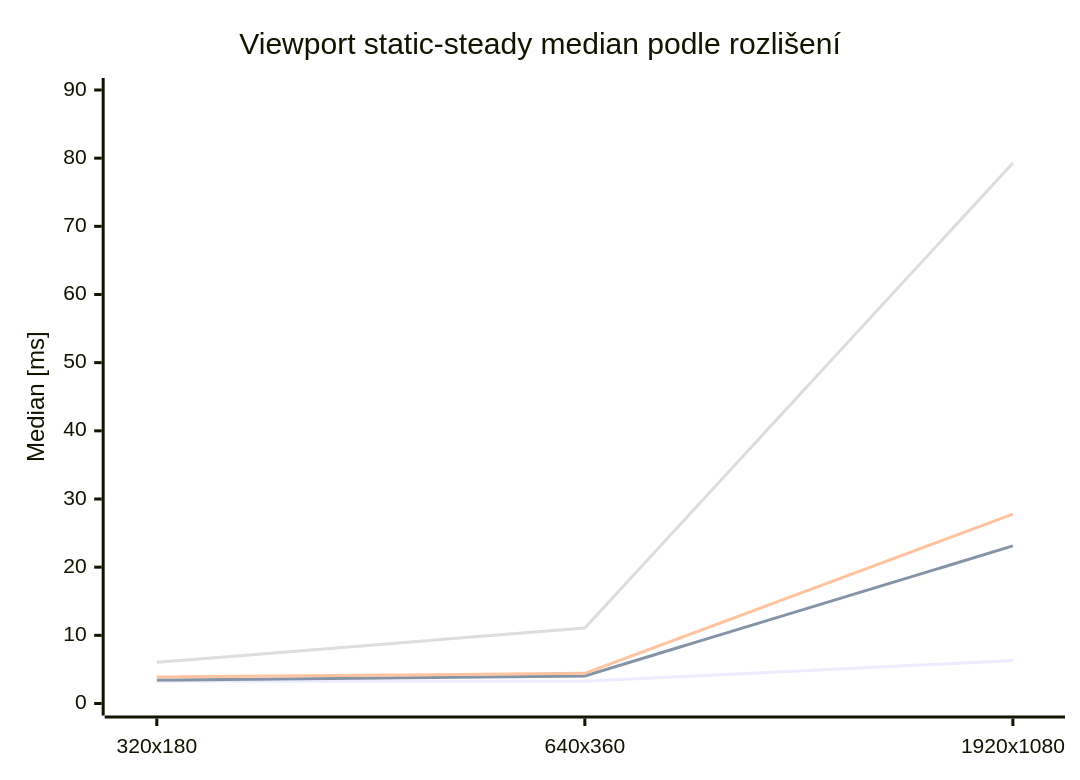
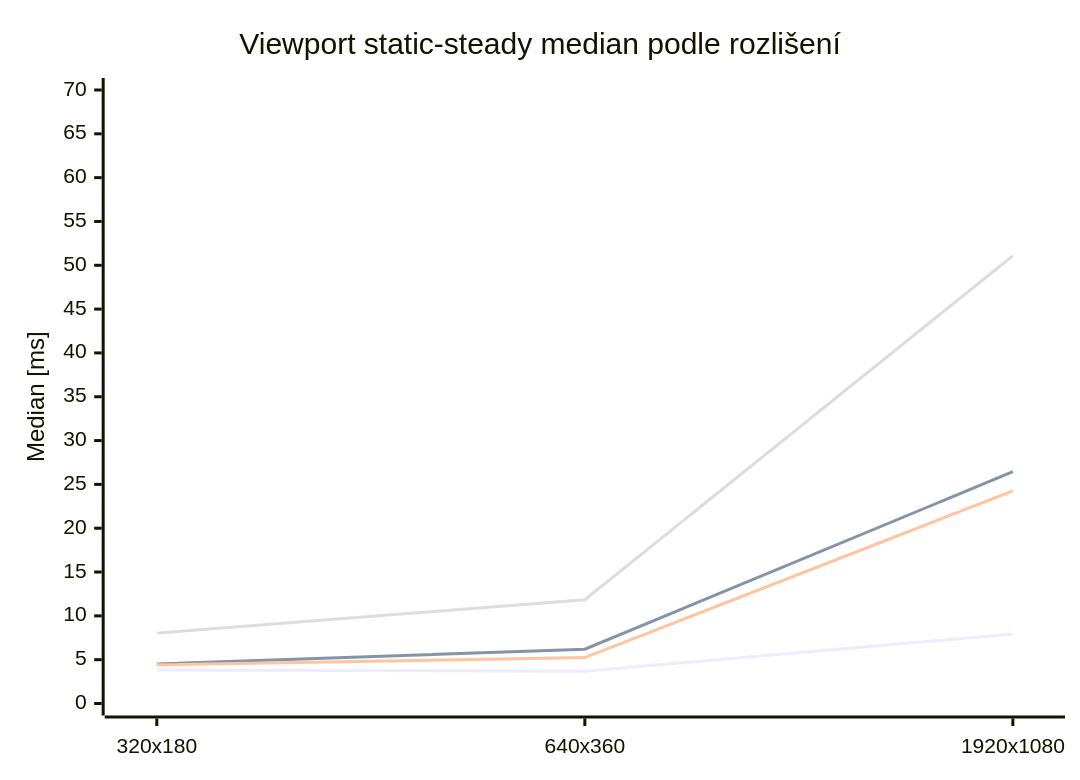
The first of 13 diagrams in README.md (Esperosa/3D-Renderer-Josefina---PGR2), drawn with Mermaid before and after one commit. The commit also changed other lines of this file and 112 other files, not shown here.

````diff
--- a/README.md
+++ b/README.md
@@ -229,10 +226,10 @@
 ```mermaid
 xychart-beta
-    title "Viewport static-steady median podle rozlišení"
-    x-axis ["320x180", "640x360", "1920x1080"]
-    y-axis "Median [ms]" 0 --> 90
-    line "Raster / PHONG" [3.28, 3.27, 6.29]
-    line "Temporal Noise" [3.43, 4.05, 23.12]
-    line "Hex Mosaic" [3.89, 4.42, 27.79]
-    line "Dithering" [6.05, 11.08, 79.28]
+  title "Viewport static-steady median podle rozlišení"
+  x-axis ["320x180", "640x360", "1920x1080"]
+  y-axis "Median [ms]" 0 --> 70
+  line "Raster / PHONG" [3.82, 3.69, 7.93]
+  line "Temporal Noise" [4.52, 6.19, 26.45]
+  line "Hex Mosaic" [4.41, 5.24, 24.27]
+  line "Dithering" [8.03, 11.84, 51.09]
 ```
````
